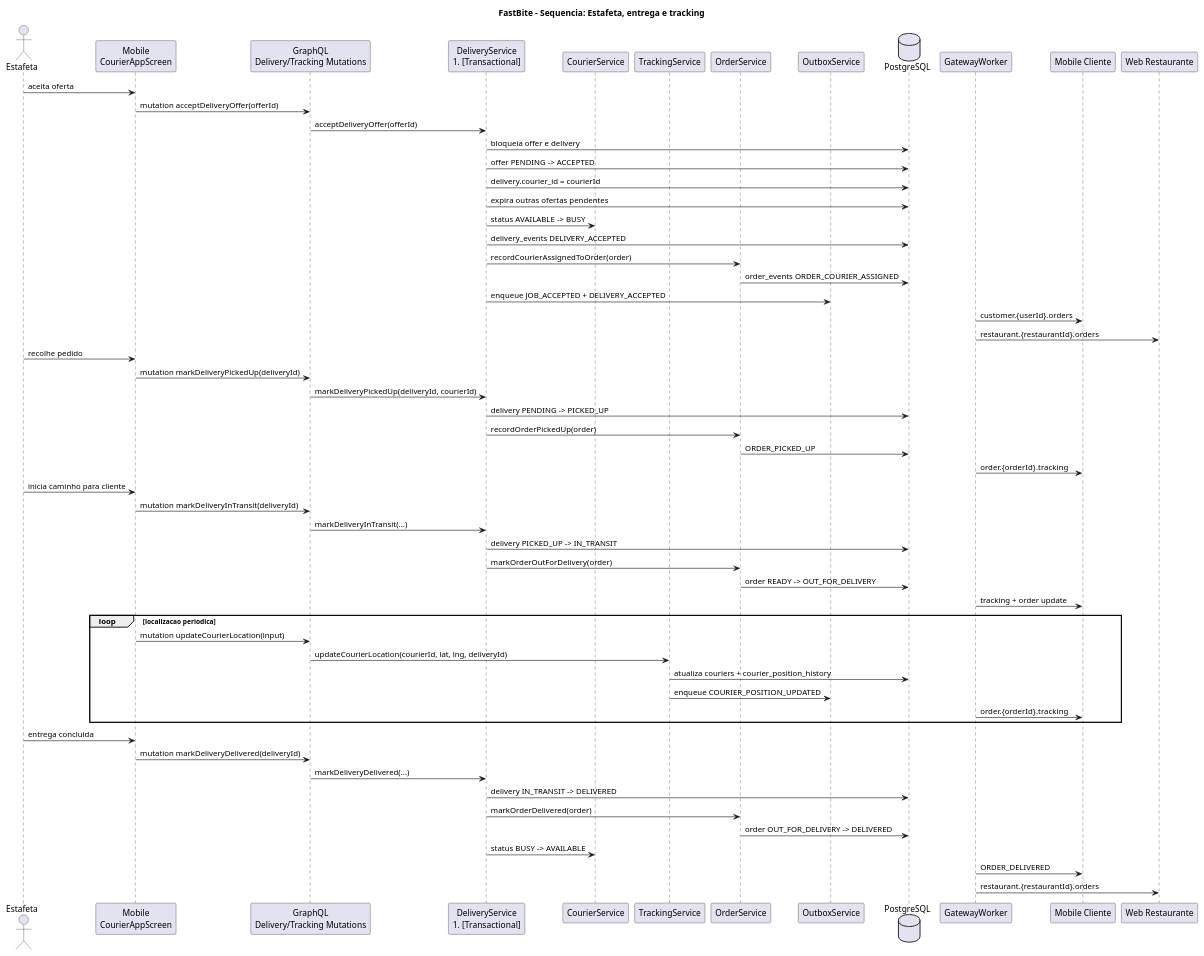
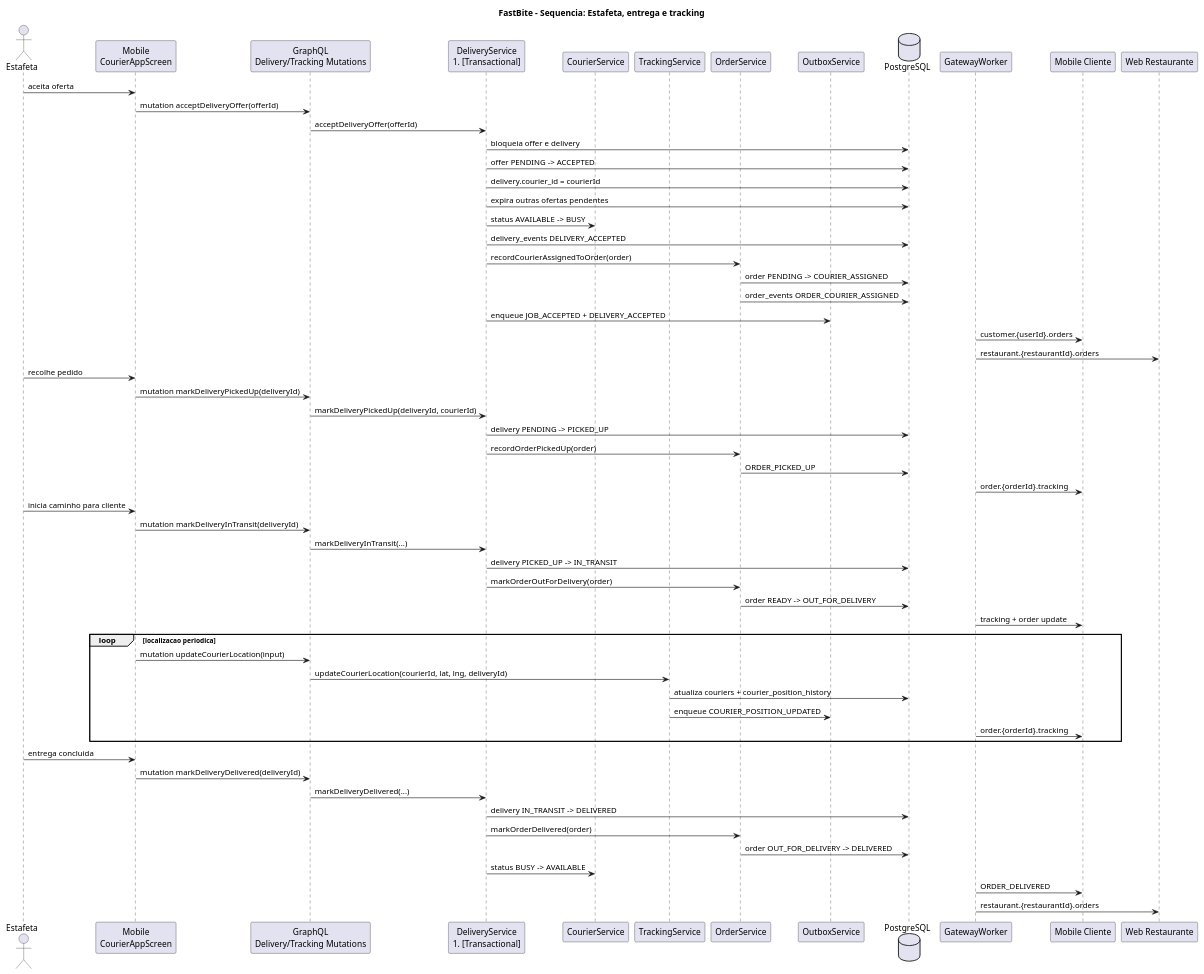
Before and after one commit to DuarteMSousa/FastBite: the diagram in Documentacao/docs novas/03c_sequencia_estafeta_entrega_tracking.puml, drawn with PlantUML. The commit also changed 25 other files, not shown here.

First line of the commit message:
Add COURIER_ASSIGNED order state and flow

```diff
--- a/Documentacao/docs novas/03c_sequencia_estafeta_entrega_tracking.puml
+++ b/Documentacao/docs novas/03c_sequencia_estafeta_entrega_tracking.puml
@@ -1,67 +1,68 @@
 @startuml FastBite_Seq_Estafeta_Tracking
 title FastBite - Sequencia: Estafeta, entrega e tracking
 
 skinparam shadowing false
 actor Estafeta
 participant "Mobile\nCourierAppScreen" as CourierApp
 participant "GraphQL\nDelivery/Tracking Mutations" as GQL
 participant "DeliveryService\n#[Transactional]" as DeliverySvc
 participant "CourierService" as CourierSvc
 participant "TrackingService" as TrackingSvc
 participant "OrderService" as OrderSvc
 participant "OutboxService" as Outbox
 database "PostgreSQL" as DB
 participant "GatewayWorker" as GW
 participant "Mobile Cliente" as CustomerApp
 participant "Web Restaurante" as RestaurantWeb
 
 Estafeta -> CourierApp: aceita oferta
 CourierApp -> GQL: mutation acceptDeliveryOffer(offerId)
 GQL -> DeliverySvc: acceptDeliveryOffer(offerId)
 DeliverySvc -> DB: bloqueia offer e delivery
 DeliverySvc -> DB: offer PENDING -> ACCEPTED
 DeliverySvc -> DB: delivery.courier_id = courierId
 DeliverySvc -> DB: expira outras ofertas pendentes
 DeliverySvc -> CourierSvc: status AVAILABLE -> BUSY
 DeliverySvc -> DB: delivery_events DELIVERY_ACCEPTED
 DeliverySvc -> OrderSvc: recordCourierAssignedToOrder(order)
+OrderSvc -> DB: order PENDING -> COURIER_ASSIGNED
 OrderSvc -> DB: order_events ORDER_COURIER_ASSIGNED
 DeliverySvc -> Outbox: enqueue JOB_ACCEPTED + DELIVERY_ACCEPTED
 GW -> CustomerApp: customer.{userId}.orders
 GW -> RestaurantWeb: restaurant.{restaurantId}.orders
 
 Estafeta -> CourierApp: recolhe pedido
 CourierApp -> GQL: mutation markDeliveryPickedUp(deliveryId)
 GQL -> DeliverySvc: markDeliveryPickedUp(deliveryId, courierId)
 DeliverySvc -> DB: delivery PENDING -> PICKED_UP
 DeliverySvc -> OrderSvc: recordOrderPickedUp(order)
 OrderSvc -> DB: ORDER_PICKED_UP
 GW -> CustomerApp: order.{orderId}.tracking
 
 Estafeta -> CourierApp: inicia caminho para cliente
 CourierApp -> GQL: mutation markDeliveryInTransit(deliveryId)
 GQL -> DeliverySvc: markDeliveryInTransit(...)
 DeliverySvc -> DB: delivery PICKED_UP -> IN_TRANSIT
 DeliverySvc -> OrderSvc: markOrderOutForDelivery(order)
 OrderSvc -> DB: order READY -> OUT_FOR_DELIVERY
 GW -> CustomerApp: tracking + order update
 
 loop localizacao periodica
   CourierApp -> GQL: mutation updateCourierLocation(input)
   GQL -> TrackingSvc: updateCourierLocation(courierId, lat, lng, deliveryId)
   TrackingSvc -> DB: atualiza couriers + courier_position_history
   TrackingSvc -> Outbox: enqueue COURIER_POSITION_UPDATED
   GW -> CustomerApp: order.{orderId}.tracking
 end
 
 Estafeta -> CourierApp: entrega concluida
 CourierApp -> GQL: mutation markDeliveryDelivered(deliveryId)
 GQL -> DeliverySvc: markDeliveryDelivered(...)
 DeliverySvc -> DB: delivery IN_TRANSIT -> DELIVERED
 DeliverySvc -> OrderSvc: markOrderDelivered(order)
 OrderSvc -> DB: order OUT_FOR_DELIVERY -> DELIVERED
 DeliverySvc -> CourierSvc: status BUSY -> AVAILABLE
 GW -> CustomerApp: ORDER_DELIVERED
 GW -> RestaurantWeb: restaurant.{restaurantId}.orders
 
 @enduml
```
